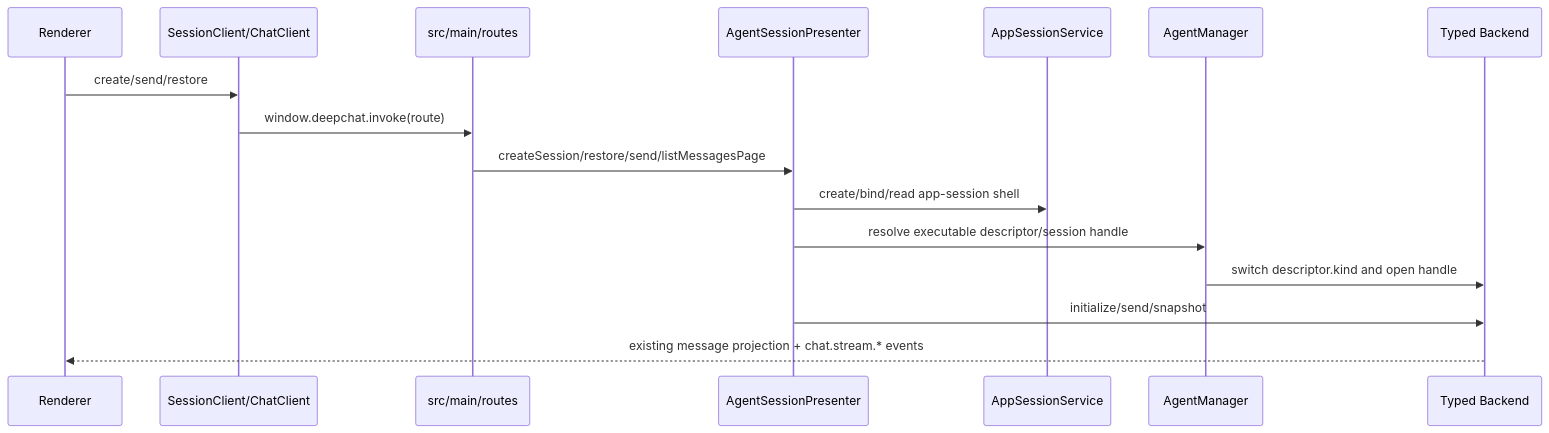
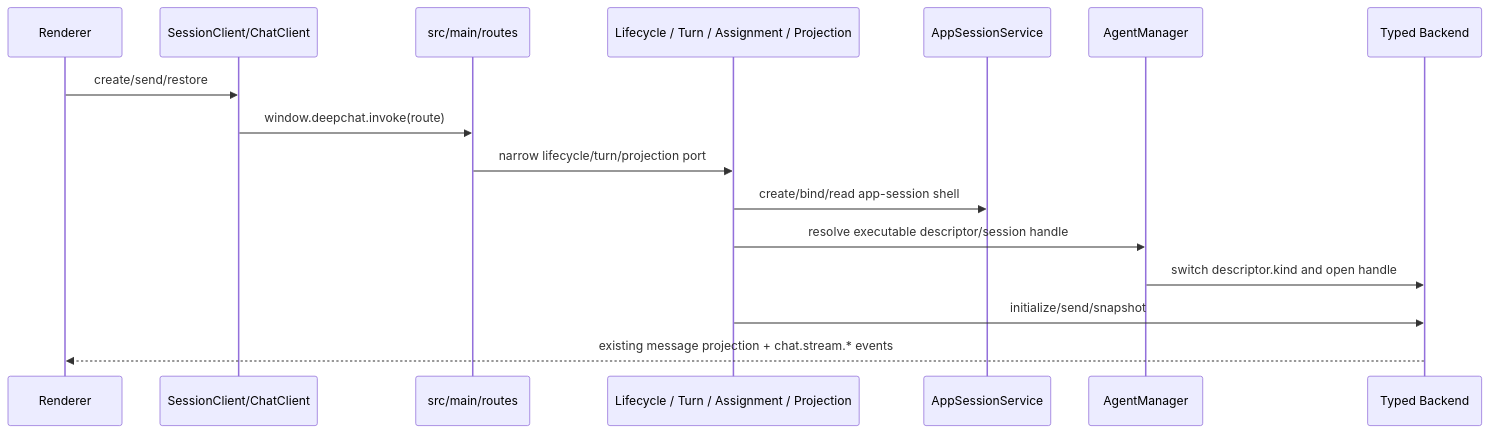
The first of 9 diagrams in docs/FLOWS.md (zerob13/deepchat), drawn with Mermaid before and after one commit. The commit also changed other lines of this file and 57 other files, not shown here.

````diff
--- a/docs/FLOWS.md
+++ b/docs/FLOWS.md
@@ -8,19 +8,19 @@
 ```mermaid
 sequenceDiagram
     participant R as Renderer
     participant C as SessionClient/ChatClient
     participant Route as src/main/routes
-    participant F as AgentSessionPresenter
+    participant App as Lifecycle / Turn / Assignment / Projection
     participant S as AppSessionService
     participant M as AgentManager
     participant B as Typed Backend
 
     R->>C: create/send/restore
     C->>Route: window.deepchat.invoke(route)
-    Route->>F: createSession/restore/send/listMessagesPage
-    F->>S: create/bind/read app-session shell
-    F->>M: resolve executable descriptor/session handle
+    Route->>App: narrow lifecycle/turn/projection port
+    App->>S: create/bind/read app-session shell
+    App->>M: resolve executable descriptor/session handle
     M->>B: switch descriptor.kind and open handle
-    F->>B: initialize/send/snapshot
+    App->>B: initialize/send/snapshot
     B-->>R: existing message projection + chat.stream.* events
 ```
````
